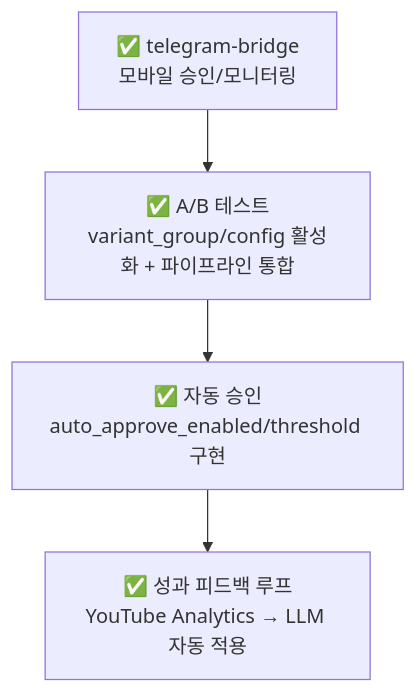
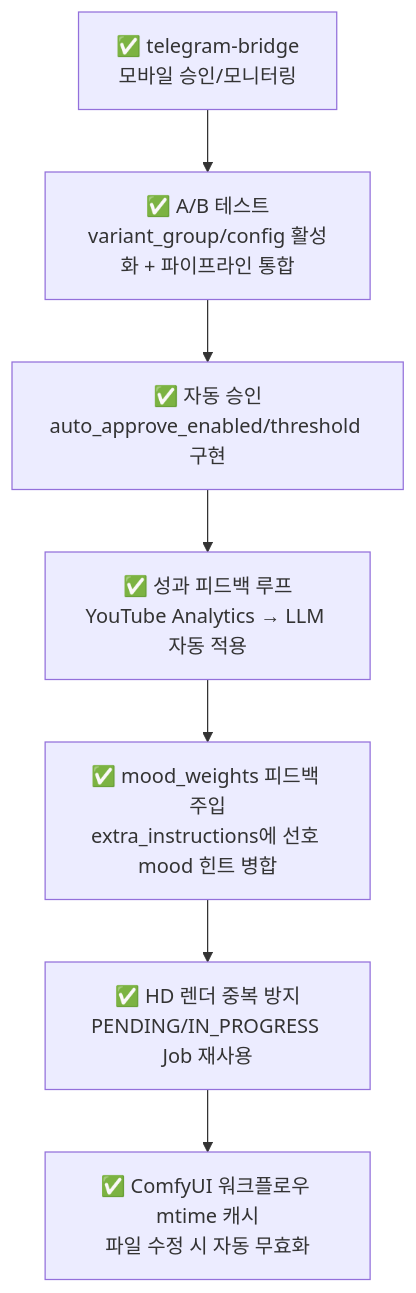
One commit to Justant-source/WaggleBot changed the diagram in docs/implementation-status.md. Above: the diagram before and after it, drawn with Mermaid. The commit also changed other lines of this file and 7 other files, not shown here.

First line of the commit message:
fix: HD 렌더 중복 방지, mood_weights 피드백 주입, ComfyUI 워크플로우 캐시 mtime 갱신

````diff
--- a/docs/implementation-status.md
+++ b/docs/implementation-status.md
@@ -184,7 +194,10 @@
 ```mermaid
 flowchart TD
     A[✅ telegram-bridge<br/>모바일 승인/모니터링] --> B
     B[✅ A/B 테스트<br/>variant_group/config 활성화 + 파이프라인 통합] --> C
     C[✅ 자동 승인<br/>auto_approve_enabled/threshold 구현] --> D
-    D[✅ 성과 피드백 루프<br/>YouTube Analytics → LLM 자동 적용]
+    D[✅ 성과 피드백 루프<br/>YouTube Analytics → LLM 자동 적용] --> E
+    E[✅ mood_weights 피드백 주입<br/>extra_instructions에 선호 mood 힌트 병합] --> F
+    F[✅ HD 렌더 중복 방지<br/>PENDING/IN_PROGRESS Job 재사용] --> G
+    G[✅ ComfyUI 워크플로우 mtime 캐시<br/>파일 수정 시 자동 무효화]
 ```
````
